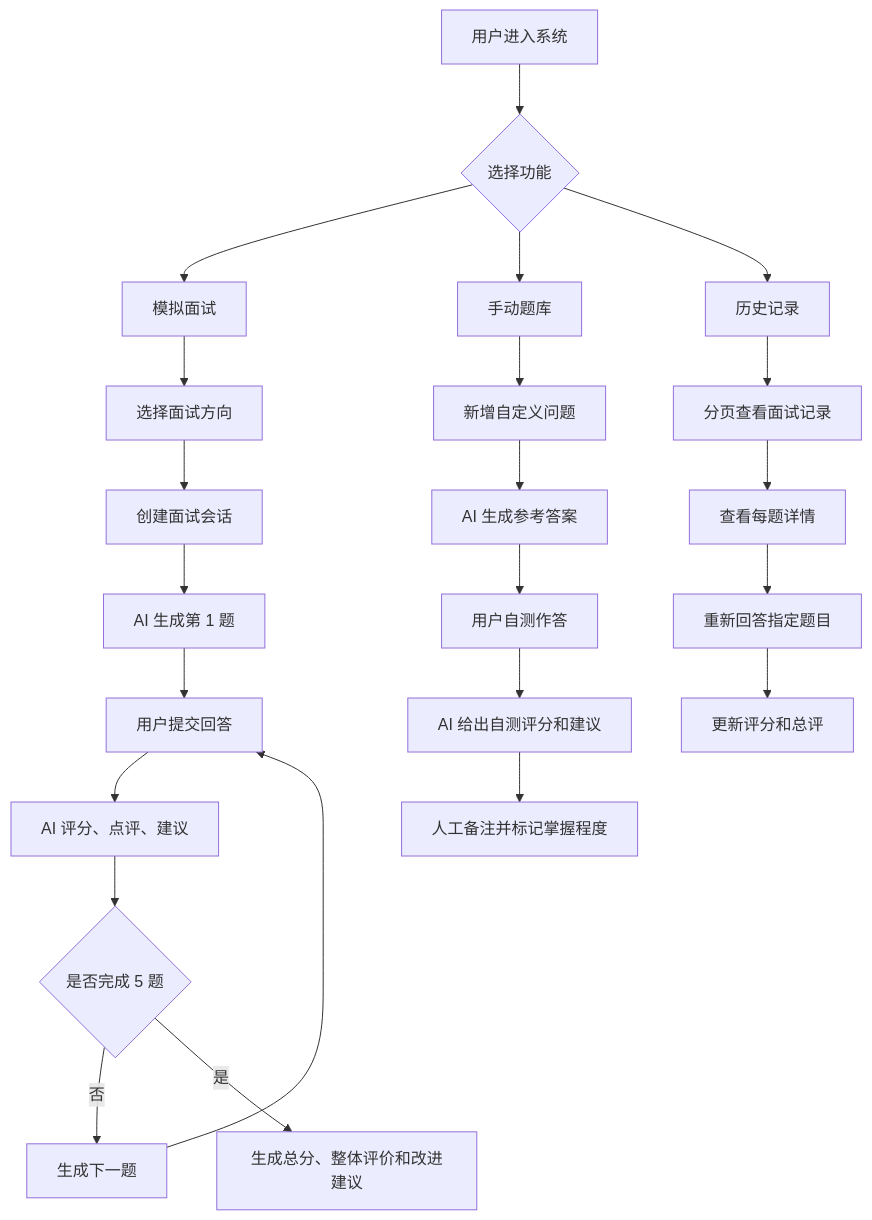
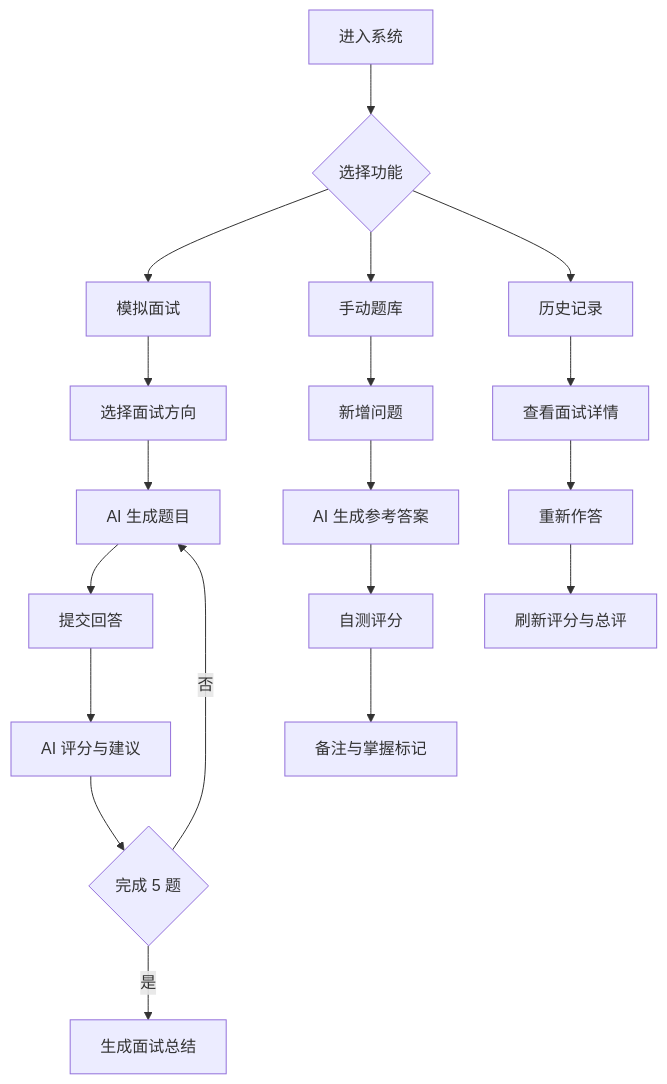
The first of 2 diagrams in README.md (tonnyKnown/origin), drawn with Mermaid before and after one commit. The commit also changed other lines of this file, not shown here.

````diff
--- a/README.md
+++ b/README.md
@@ -46,28 +7,24 @@
 ```mermaid
 flowchart TD
-    A[用户进入系统] --> B{选择功能}
+    A[进入系统] --> B{选择功能}
+
     B --> C[模拟面试]
+    C --> C1[选择面试方向]
+    C1 --> C2[AI 生成题目]
+    C2 --> C3[提交回答]
+    C3 --> C4[AI 评分与建议]
+    C4 --> C5{完成 5 题}
+    C5 -- 否 --> C2
+    C5 -- 是 --> C6[生成面试总结]
+
     B --> D[手动题库]
+    D --> D1[新增问题]
+    D1 --> D2[AI 生成参考答案]
+    D2 --> D3[自测评分]
+    D3 --> D4[备注与掌握标记]
+
     B --> E[历史记录]
-
-    C --> C1[选择面试方向]
-    C1 --> C2[创建面试会话]
-    C2 --> C3[AI 生成第 1 题]
-    C3 --> C4[用户提交回答]
-    C4 --> C5[AI 评分、点评、建议]
-    C5 --> C6{是否完成 5 题}
-    C6 -- 否 --> C7[生成下一题]
-    C7 --> C4
-    C6 -- 是 --> C8[生成总分、整体评价和改进建议]
-
-    D --> D1[新增自定义问题]
-    D1 --> D2[AI 生成参考答案]
-    D2 --> D3[用户自测作答]
-    D3 --> D4[AI 给出自测评分和建议]
-    D4 --> D5[人工备注并标记掌握程度]
-
-    E --> E1[分页查看面试记录]
-    E1 --> E2[查看每题详情]
-    E2 --> E3[重新回答指定题目]
-    E3 --> E4[更新评分和总评]
+    E --> E1[查看面试详情]
+    E1 --> E2[重新作答]
+    E2 --> E3[刷新评分与总评]
 ```
````
